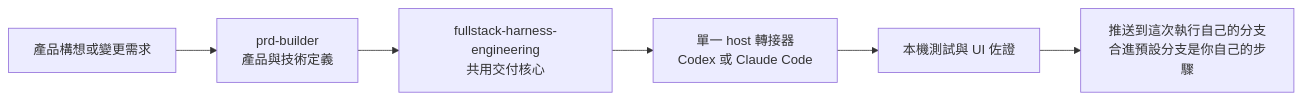
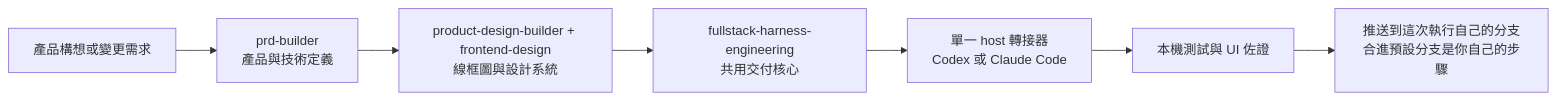
One commit to Phlegonlabs/product-delivery-harness changed the first of 2 diagrams in README.zh-TW.md. Above: the diagram before and after it, drawn with Mermaid. The commit also changed other lines of this file and 61 other files, not shown here.

Commit message:
split product design builder and add reference flow

````diff
--- a/README.zh-TW.md
+++ b/README.zh-TW.md
@@ -65,8 +67,9 @@
 ```mermaid
 flowchart LR
   Idea["產品構想或變更需求"] --> PRD["prd-builder\n產品與技術定義"]
-  PRD --> Harness["fullstack-harness-engineering\n共用交付核心"]
+  PRD --> Design["product-design-builder + frontend-design\n線框圖與設計系統"]
+  Design --> Harness["fullstack-harness-engineering\n共用交付核心"]
   Harness --> Runtime["單一 host 轉接器\nCodex 或 Claude Code"]
   Runtime --> Evidence["本機測試與 UI 佐證"]
   Evidence --> Push["推送到這次執行自己的分支\n合進預設分支是你自己的步驟"]
 ```
````
